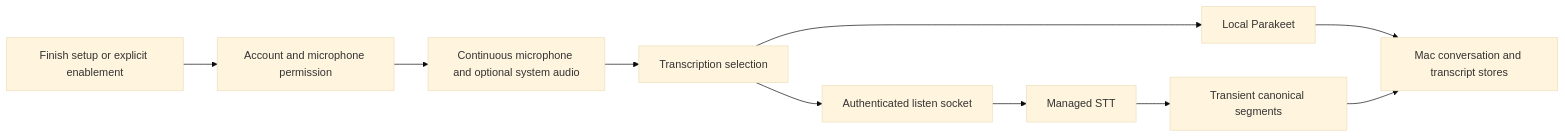
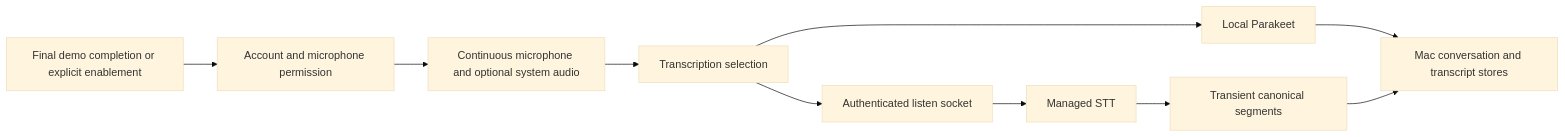
Before and after one commit to sruj75/knowledge-athlete: the diagram in openwiki/codebase/workflows/capture-transcription.md, drawn with Mermaid (base theme). The commit also changed other lines of this file and 19 other files, not shown here.

````diff
--- a/openwiki/codebase/workflows/capture-transcription.md
+++ b/openwiki/codebase/workflows/capture-transcription.md
@@ -76,12 +82,12 @@
 ```mermaid
 flowchart LR
-  Setup[Finish setup or explicit enablement] --> Gate[Account and microphone permission]
+  Setup[Final demo completion or explicit enablement] --> Gate[Account and microphone permission]
   Gate --> Audio[Continuous microphone and optional system audio]
   Audio --> Choice[Transcription selection]
   Choice --> Local[Local Parakeet]
   Choice --> Socket[Authenticated listen socket]
   Socket --> Modulate[Managed STT]
   Local --> Archive[Mac conversation and transcript stores]
   Modulate --> Segments[Transient canonical segments]
   Segments --> Archive
 ```
````
